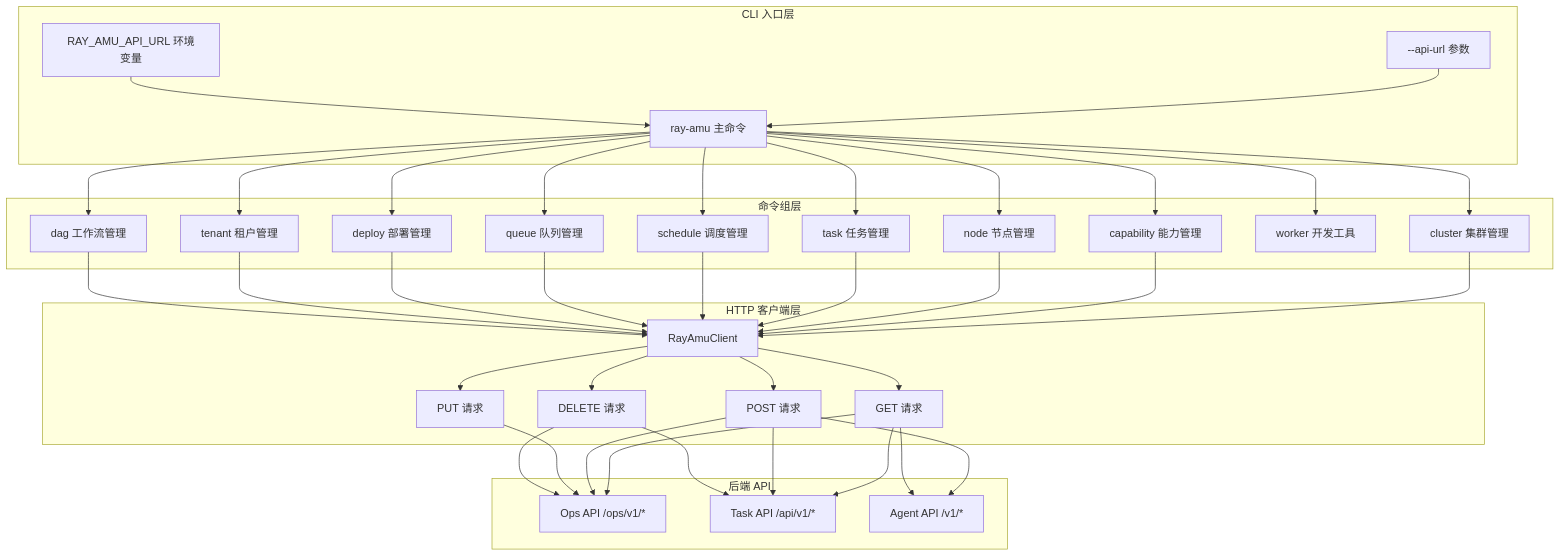
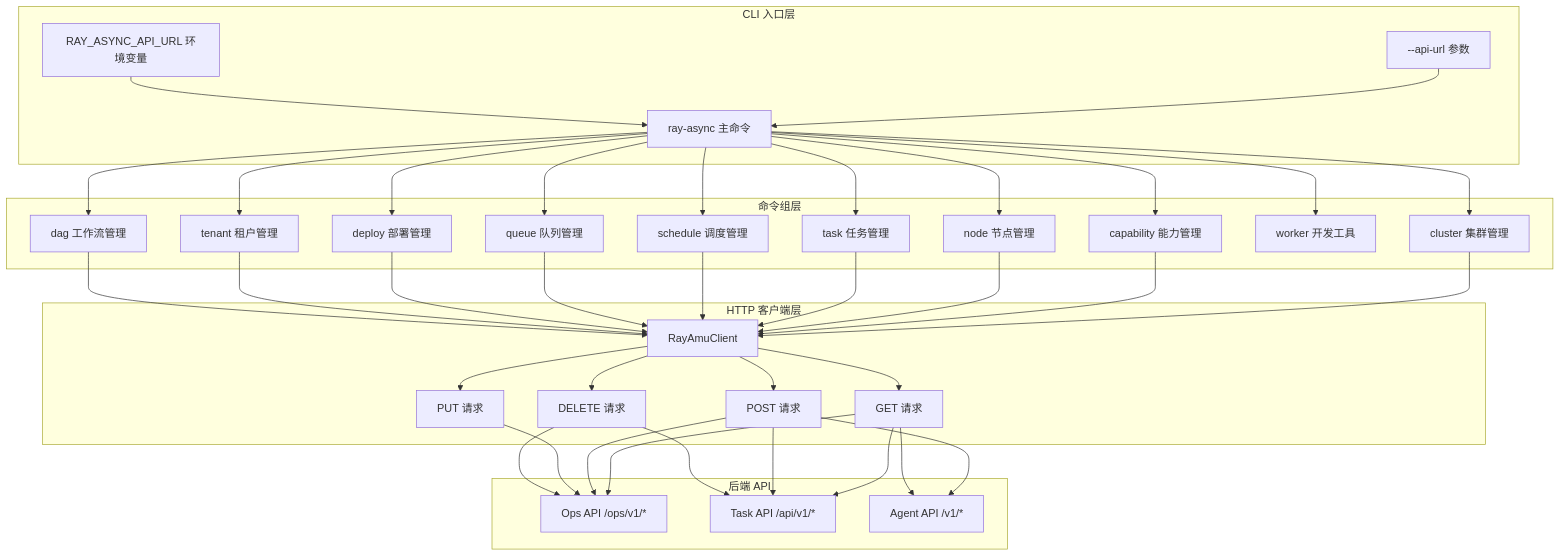
One commit to zhbxlm/async-scheduler-framework changed the diagram in docs/deepwiki-reference/命令行工具.md. Above: the diagram before and after it, drawn with Mermaid. The commit also changed other lines of this file and 10 other files, not shown here.

First line of the commit message:
refactor: rename ray-amu → ray-async in docs/deepwiki-reference/

````diff
--- a/docs/deepwiki-reference/命令行工具.md
+++ b/docs/deepwiki-reference/命令行工具.md
@@ -27,73 +27,73 @@
 ```mermaid
 graph TB
     subgraph "CLI 入口层"
-        main["ray-amu 主命令"]
+        main["ray-async 主命令"]
         api_url["--api-url 参数"]
-        env_var["RAY_AMU_API_URL 环境变量"]
+        env_var["RAY_ASYNC_API_URL 环境变量"]
     end
     
     subgraph "命令组层"
         cluster["cluster 集群管理"]
         capability["capability 能力管理"]
         node["node 节点管理"]
         task["task 任务管理"]
         schedule["schedule 调度管理"]
         queue["queue 队列管理"]
         deploy["deploy 部署管理"]
         tenant["tenant 租户管理"]
         worker["worker 开发工具"]
         dag["dag 工作流管理"]
     end
     
     subgraph "HTTP 客户端层"
         client["RayAmuClient"]
         get["GET 请求"]
         post["POST 请求"]
         put["PUT 请求"]
         delete["DELETE 请求"]
     end
     
     subgraph "后端 API"
         ops_api["Ops API /ops/v1/*"]
         task_api["Task API /api/v1/*"]
         agent_api["Agent API /v1/*"]
     end
     
     api_url --> main
     env_var --> main
     main --> cluster
     main --> capability
     main --> node
     main --> task
     main --> schedule
     main --> queue
     main --> deploy
     main --> tenant
     main --> worker
     main --> dag
     
     cluster --> client
     capability --> client
     node --> client
     task --> client
     schedule --> client
     queue --> client
     deploy --> client
     tenant --> client
     dag --> client
     
     client --> get
     client --> post
     client --> put
     client --> delete
     
     get --> ops_api
     post --> ops_api
     put --> ops_api
     delete --> ops_api
     get --> task_api
     post --> task_api
     delete --> task_api
     post --> agent_api
     get --> agent_api
 ```
````
